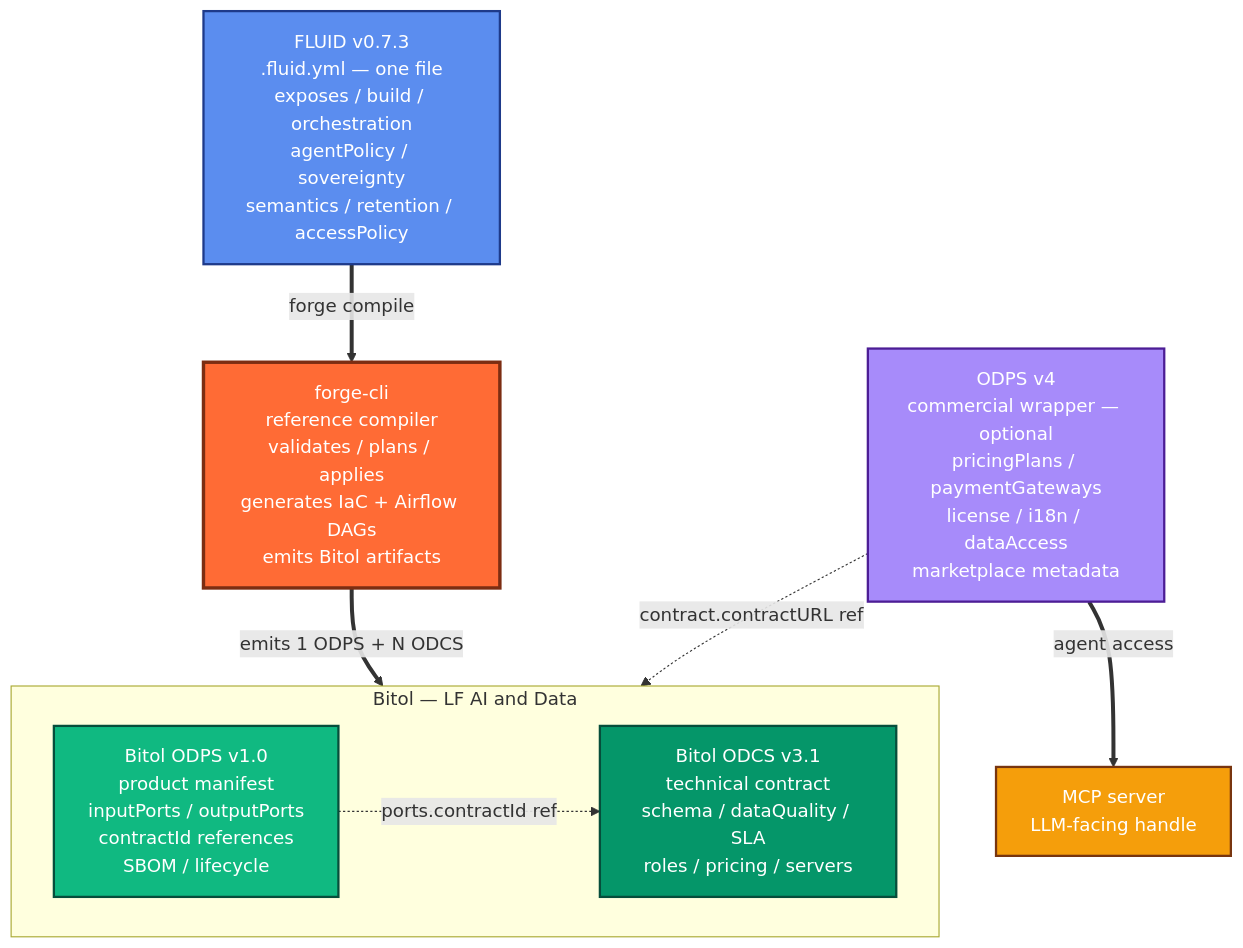
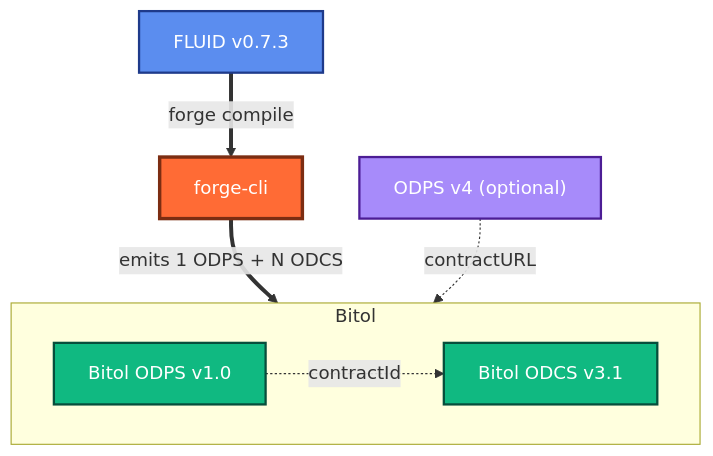
The diagram in README.md (open-data-protocol/fluid), drawn with Mermaid before and after one commit.

Commit message:
simplify diagram: remove MCP, single-line node labels, drop tooltips
Two improvements per review:

1. REMOVE MCP server from the "How they actually fit together" diagram.
   MCP is an *optional downstream consumer*, not part of the core
   "how the specs fit together" story. It already appears in the
   complementary-protocols table in the agentic-native section, which
   is the right place. Keeping it in the architecture diagram added a
   dangling orange node that confused the spec-relationship narrative.

2. SIMPLIFY node labels to just the project name + version. Previous
   nodes carried 4-5 lines of field-name details each (exposes / build /
   orchestration / agentPolicy / sovereignty / ...). All of that detail
   already lives in the capability matrix RIGHT BELOW the diagram. The
   diagram's job is to show *relationships*, not enumerate features.

Also dropped the tooltip parameter from click handlers (single-arg form)
to further reduce mermaid syntax surface area — possibly the root cause
of GitHub's earlier server-side parse failure.

Diagram dropped from 6 nodes to 5, label volume from ~30 lines to 5,
mermaid source from 2084 to 1005 chars (-52%).

````diff
--- a/README.md
+++ b/README.md
@@ -126,35 +126,29 @@
 ```mermaid
 flowchart TB
-    classDef fluid    fill:#5B8DEF,color:#fff,stroke:#1E3A8A,stroke-width:2px
-    classDef forge    fill:#FF6B35,color:#fff,stroke:#7C2D12,stroke-width:3px
-    classDef bitolDp  fill:#10B981,color:#fff,stroke:#064E3B,stroke-width:2px
-    classDef bitolDc  fill:#059669,color:#fff,stroke:#064E3B,stroke-width:2px
-    classDef odpsv4   fill:#A78BFA,color:#fff,stroke:#4C1D95,stroke-width:2px
-    classDef mcp      fill:#F59E0B,color:#fff,stroke:#78350F,stroke-width:2px
+    classDef fluid  fill:#5B8DEF,color:#fff,stroke:#1E3A8A,stroke-width:2px
+    classDef forge  fill:#FF6B35,color:#fff,stroke:#7C2D12,stroke-width:3px
+    classDef bitol  fill:#10B981,color:#fff,stroke:#064E3B,stroke-width:2px
+    classDef odpsv4 fill:#A78BFA,color:#fff,stroke:#4C1D95,stroke-width:2px
 
-    F["FLUID v0.7.3<br/>.fluid.yml — one file<br/>exposes / build / orchestration<br/>agentPolicy / sovereignty<br/>semantics / retention / accessPolicy"]:::fluid
+    F["FLUID v0.7.3"]:::fluid
+    FC["forge-cli"]:::forge
 
-    FC["forge-cli<br/>reference compiler<br/>validates / plans / applies<br/>generates IaC + Airflow DAGs<br/>emits Bitol artifacts"]:::forge
-
-    subgraph bitol ["Bitol — LF AI and Data"]
+    subgraph bitol ["Bitol"]
         direction LR
-        OP["Bitol ODPS v1.0<br/>product manifest<br/>inputPorts / outputPorts<br/>contractId references<br/>SBOM / lifecycle"]:::bitolDp
-        OC["Bitol ODCS v3.1<br/>technical contract<br/>schema / dataQuality / SLA<br/>roles / pricing / servers"]:::bitolDc
+        OP["Bitol ODPS v1.0"]:::bitol
+        OC["Bitol ODCS v3.1"]:::bitol
     end
 
-    V4["ODPS v4<br/>commercial wrapper — optional<br/>pricingPlans / paymentGateways<br/>license / i18n / dataAccess<br/>marketplace metadata"]:::odpsv4
-
-    MCP["MCP server<br/>LLM-facing handle"]:::mcp
+    V4["ODPS v4 (optional)"]:::odpsv4
 
     F  ==>|"forge compile"| FC
     FC ==>|"emits 1 ODPS + N ODCS"| OP
-    OP -.->|"ports.contractId ref"| OC
-    V4 -.->|"contract.contractURL ref"| OC
-    V4 ==>|"agent access"| MCP
+    OP -.->|"contractId"| OC
+    V4 -.->|"contractURL"| OC
 
-    click F "https://github.com/open-data-protocol/fluid" "FLUID on GitHub"
-    click FC "https://github.com/Agenticstiger/forge-cli" "forge-cli on GitHub"
-    click OP "https://github.com/bitol-io/open-data-product-standard" "Bitol ODPS on GitHub"
-    click OC "https://github.com/bitol-io/open-data-contract-standard" "Bitol ODCS on GitHub"
-    click V4 "https://github.com/Open-Data-Product-Initiative/v4.0" "ODPS v4 on GitHub"
+    click F "https://github.com/open-data-protocol/fluid"
+    click FC "https://github.com/Agenticstiger/forge-cli"
+    click OP "https://github.com/bitol-io/open-data-product-standard"
+    click OC "https://github.com/bitol-io/open-data-contract-standard"
+    click V4 "https://github.com/Open-Data-Product-Initiative/v4.0"
 ```
````
